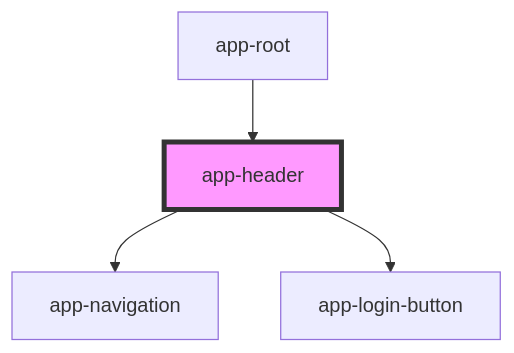
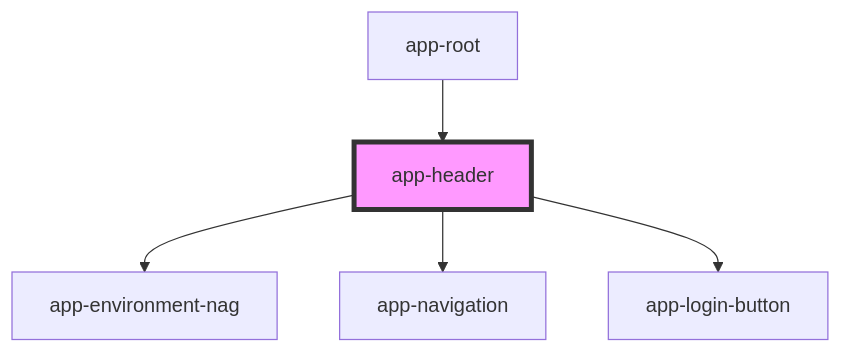
Before and after one commit to lokheed/IconEventNetwork.Web: the diagram in iconeventnetwork-web/src/components/app-header/readme.md, drawn with Mermaid. The commit also changed other lines of this file and 8 other files, not shown here.

Commit message:
Task 464 - add environment nag

````diff
--- a/iconeventnetwork-web/src/components/app-header/readme.md
+++ b/iconeventnetwork-web/src/components/app-header/readme.md
@@ -27,7 +28,8 @@
 ```mermaid
 graph TD;
+  app-header --> app-environment-nag
   app-header --> app-navigation
   app-header --> app-login-button
   app-root --> app-header
   style app-header fill:#f9f,stroke:#333,stroke-width:4px
 ```
````
